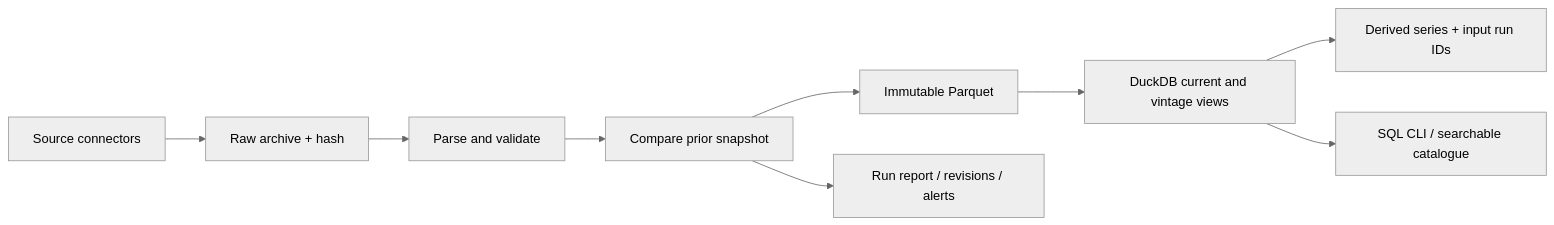
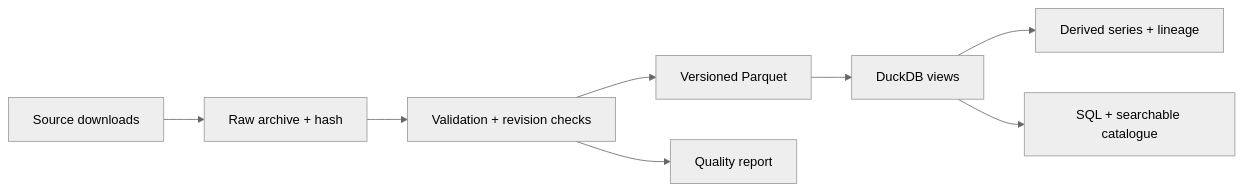
One commit to ambekarhrush/commodity-data-platform changed the diagram in README.md. Above: the diagram before and after it, drawn with Mermaid (neutral theme). The commit also changed other lines of this file and 7 other files, not shown here.

````diff
--- a/README.md
+++ b/README.md
@@ -67,11 +76,10 @@
 ```mermaid
 flowchart LR
-    A[Source connectors] --> B[Raw archive + hash]
-    B --> C[Parse and validate]
-    C --> D[Compare prior snapshot]
-    D --> E[Immutable Parquet]
-    D --> F[Run report / revisions / alerts]
-    E --> G[DuckDB current and vintage views]
-    G --> H[Derived series + input run IDs]
-    G --> I[SQL CLI / searchable catalogue]
+    A[Source downloads] --> B[Raw archive + hash]
+    B --> C[Validation + revision checks]
+    C --> D[Versioned Parquet]
+    C --> E[Quality report]
+    D --> F[DuckDB views]
+    F --> G[Derived series + lineage]
+    F --> H[SQL + searchable catalogue]
 ```
````
